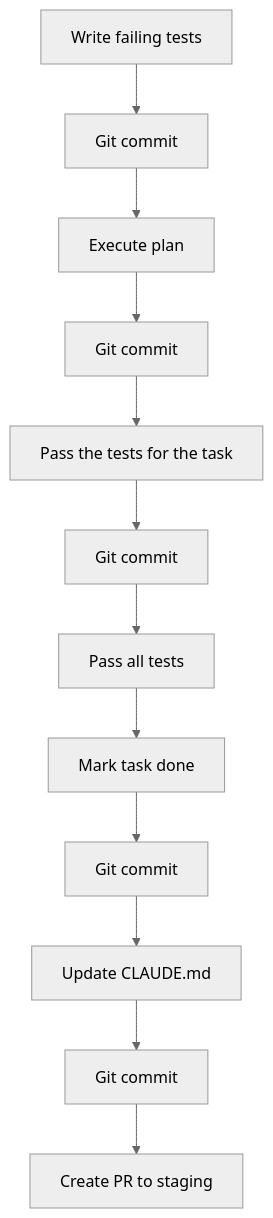
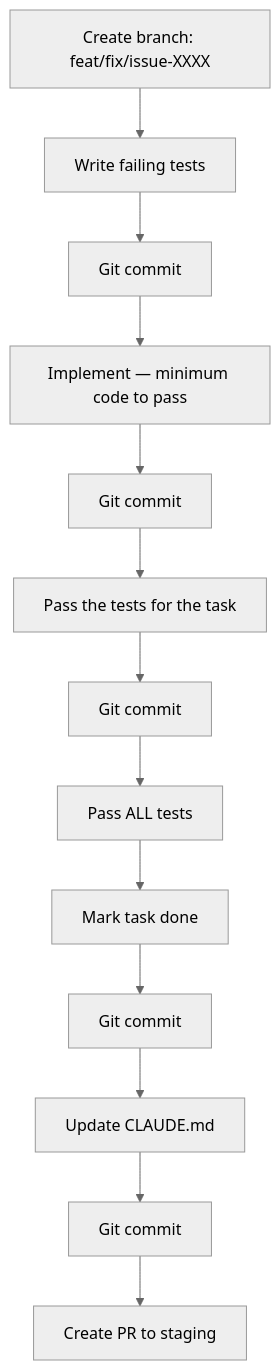
Before and after one commit to doccerz/kasero: the diagram in docs/coding-guidelines.md, drawn with Mermaid (neutral theme). The commit also changed other lines of this file and 1 other file, not shown here.

Commit message:
docs(agents): inline mandatory TDD and PR workflow into AGENTS.md
Surface the full task workflow (branch creation, TDD cycle, CLAUDE.md
update, PR to staging) directly in AGENTS.md so it is always visible
at session start. Add branch-creation step to TDD mermaid diagram in
coding-guidelines.md. Previously these rules were buried in linked
docs and routinely skipped.

````diff
--- a/docs/coding-guidelines.md
+++ b/docs/coding-guidelines.md
@@ -17,15 +17,16 @@
 ```mermaid
 graph TD
-    A[Write failing tests]
+    A0[Create branch: feat/fix/issue-XXXX]
+    A0 --> A[Write failing tests]
     A --> B[Git commit]
-    B --> C[Execute plan]
+    B --> C[Implement — minimum code to pass]
     C --> D[Git commit]
     D --> E[Pass the tests for the task]
     E --> F[Git commit]
-    F --> G[Pass all tests]
+    F --> G[Pass ALL tests]
     G --> H[Mark task done]
     H --> I[Git commit]
     I --> J[Update CLAUDE.md]
     J --> K[Git commit]
     K --> L[Create PR to staging]
 ```
````
